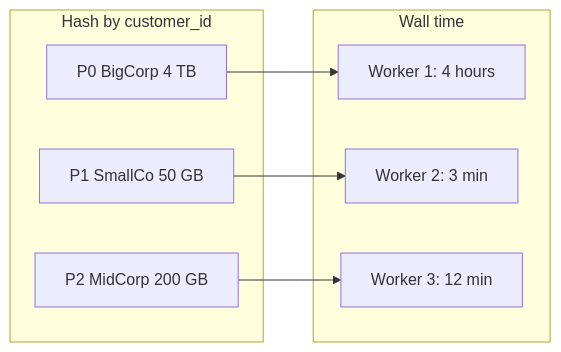
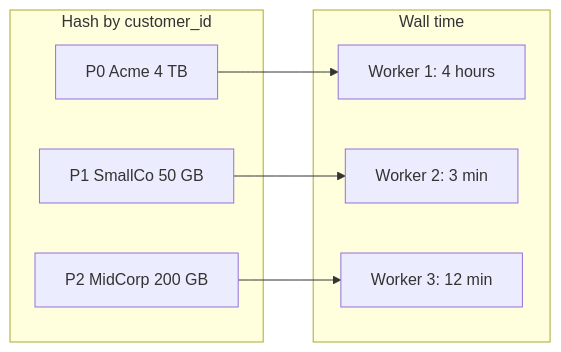
One commit to sanketn26/data-engineering changed the second of 2 diagrams in docs/foundations/partitions.md. Above: the diagram before and after it, drawn with Mermaid. The commit also changed other lines of this file and 90 other files, not shown here.

````diff
--- a/docs/foundations/partitions.md
+++ b/docs/foundations/partitions.md
@@ -274,16 +274,16 @@
 ```mermaid
 graph LR
     subgraph "Hash by customer_id"
-        P0["P0 BigCorp 4 TB"]
+        P0["P0 Acme 4 TB"]
         P1["P1 SmallCo 50 GB"]
         P2["P2 MidCorp 200 GB"]
     end
     subgraph "Wall time"
         W1["Worker 1: 4 hours"]
         W2["Worker 2: 3 min"]
         W3["Worker 3: 12 min"]
     end
     P0 --> W1
     P1 --> W2
     P2 --> W3
 ```
````
